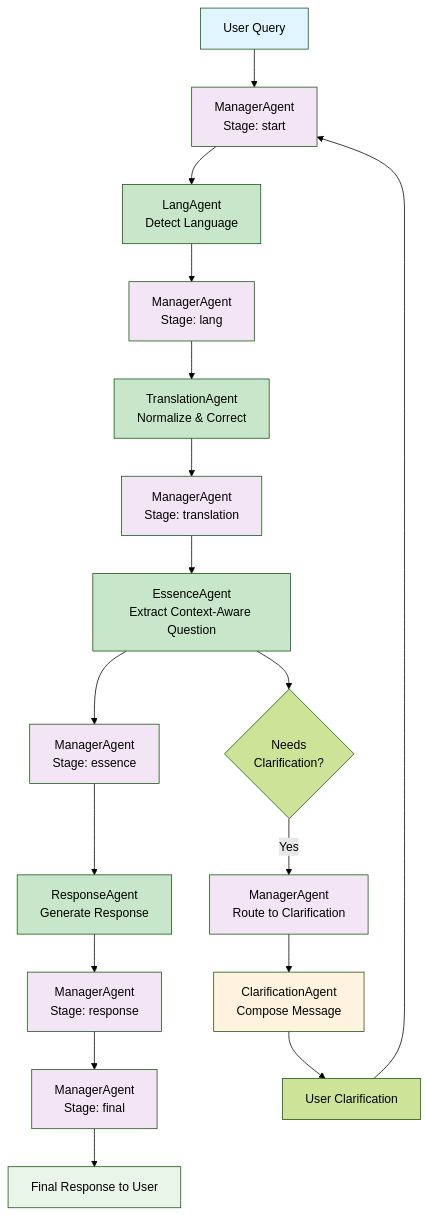
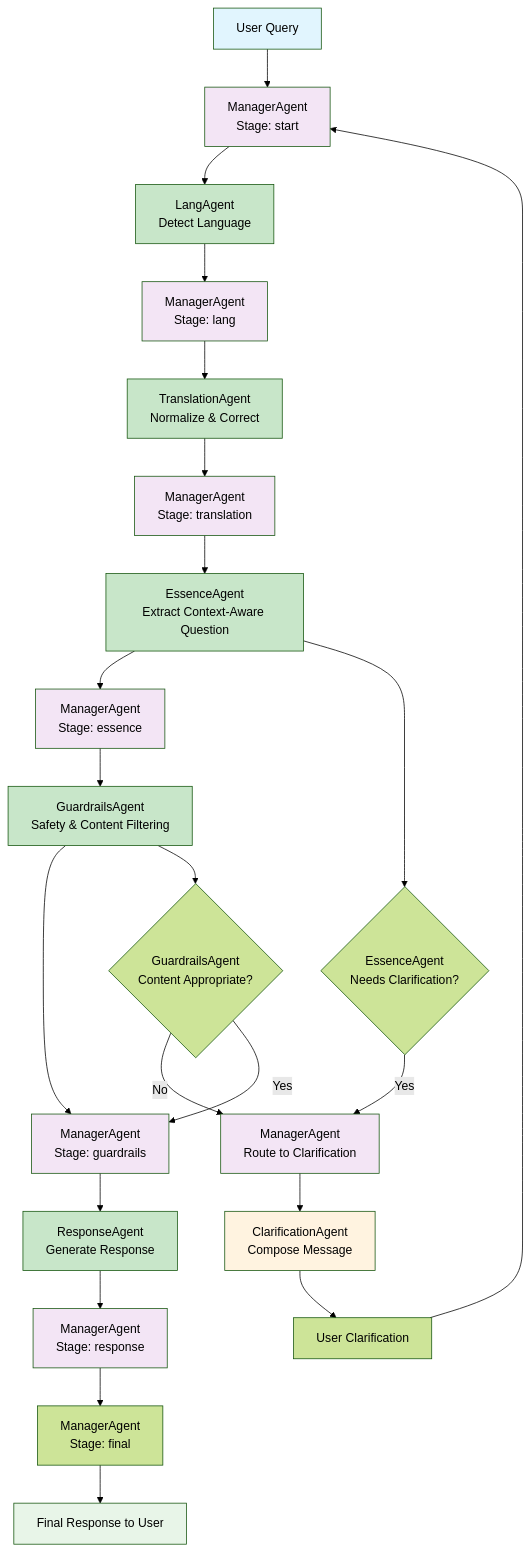
The first of 2 diagrams in docs/PIPELINE_ARCHITECTURE.md (AlarisGit/assistant), drawn with Mermaid (forest theme) before and after one commit. The commit also changed other lines of this file and 6 other files, not shown here.

````diff
--- a/docs/PIPELINE_ARCHITECTURE.md
+++ b/docs/PIPELINE_ARCHITECTURE.md
@@ -523,35 +543,43 @@
 ```mermaid
 graph TD
     A[User Query] --> B[ManagerAgent<br/>Stage: start]
     B --> C[LangAgent<br/>Detect Language]
     C --> D[ManagerAgent<br/>Stage: lang]
     D --> E[TranslationAgent<br/>Normalize & Correct]
     E --> F[ManagerAgent<br/>Stage: translation]
     F --> G[EssenceAgent<br/>Extract Context-Aware Question]
     G --> H[ManagerAgent<br/>Stage: essence]
-    H --> I[ResponseAgent<br/>Generate Response]
-    I --> J[ManagerAgent<br/>Stage: response]
-    J --> K[ManagerAgent<br/>Stage: final]
-    K --> L[Final Response to User]
+    H --> I[GuardrailsAgent<br/>Safety & Content Filtering]
+    I --> J[ManagerAgent<br/>Stage: guardrails]
+    J --> K[ResponseAgent<br/>Generate Response]
+    K --> L[ManagerAgent<br/>Stage: response]
+    L --> M[ManagerAgent<br/>Stage: final]
+    M --> N[Final Response to User]
     
-    G --> M{Needs<br/>Clarification?}
-    M -->|Yes| N[ManagerAgent<br/>Route to Clarification]
-    N --> O[ClarificationAgent<br/>Compose Message]
-    O --> P[User Clarification]
-    P --> B
+    G --> O{EssenceAgent<br/>Needs Clarification?}
+    O -->|Yes| P[ManagerAgent<br/>Route to Clarification]
+    
+    I --> Q{GuardrailsAgent<br/>Content Appropriate?}
+    Q -->|No| P
+    Q -->|Yes| J
+    
+    P --> R[ClarificationAgent<br/>Compose Message]
+    R --> S[User Clarification]
+    S --> B
     
     style A fill:#e1f5fe
-    style L fill:#e8f5e8
-    style O fill:#fff3e0
+    style N fill:#e8f5e8
+    style R fill:#fff3e0
     style B fill:#f3e5f5
     style D fill:#f3e5f5
     style F fill:#f3e5f5
     style H fill:#f3e5f5
     style J fill:#f3e5f5
-    style K fill:#f3e5f5
-    style N fill:#f3e5f5
+    style L fill:#f3e5f5
+    style P fill:#f3e5f5
     style G fill:#c8e6c9
     style C fill:#c8e6c9
     style E fill:#c8e6c9
     style I fill:#c8e6c9
+    style K fill:#c8e6c9
 ```
````
